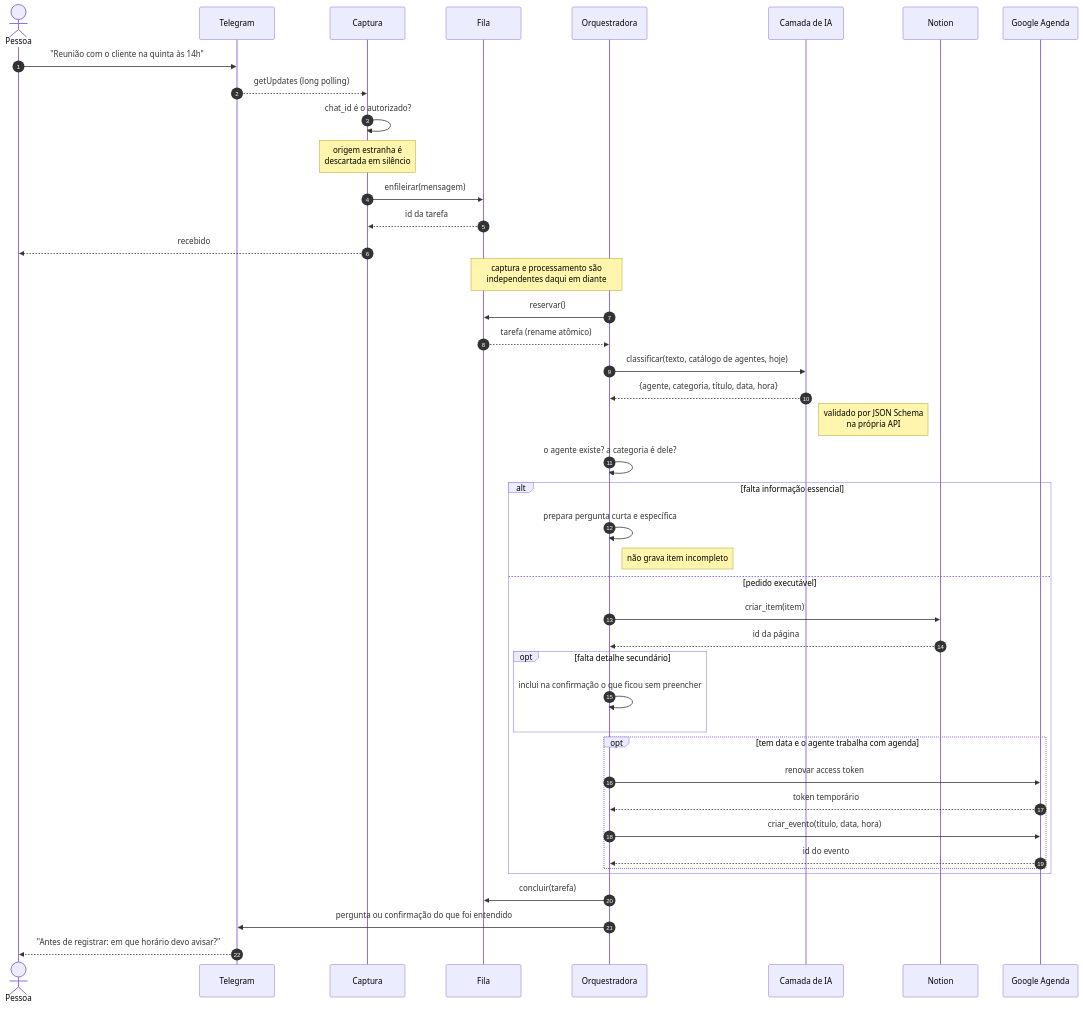
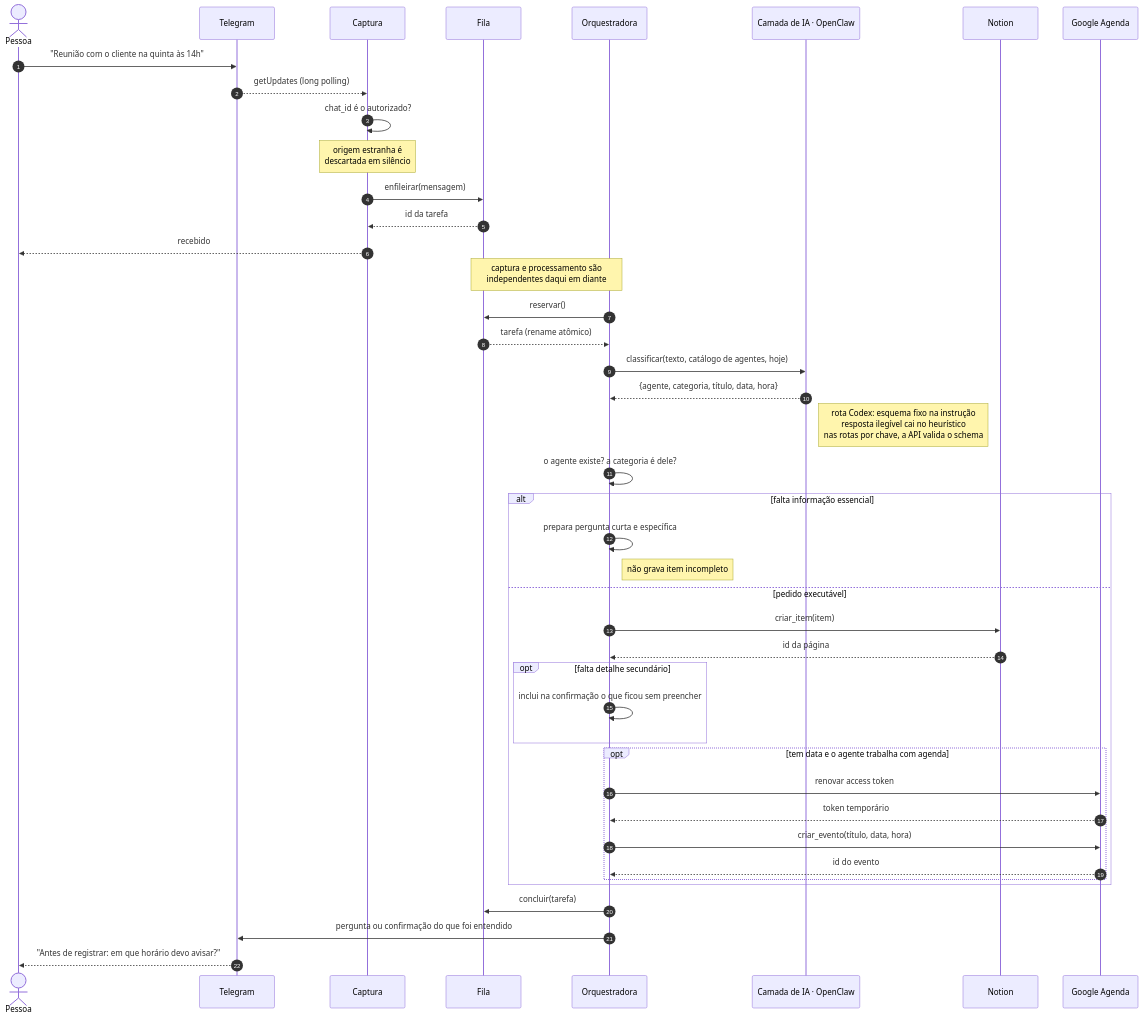
The second of 7 diagrams in docs/fluxo.md (brunarezerdev/sabia-organizacao-pessoal), drawn with Mermaid before and after one commit. The commit also changed other lines of this file and 6 other files, not shown here.

````diff
--- a/docs/fluxo.md
+++ b/docs/fluxo.md
@@ -32,54 +38,54 @@
 ```mermaid
 sequenceDiagram
     autonumber
     actor P as Pessoa
     participant TG as Telegram
     participant C as Captura
     participant F as Fila
     participant O as Orquestradora
-    participant IA as Camada de IA
+    participant IA as Camada de IA · OpenClaw
     participant N as Notion
     participant G as Google Agenda
 
     P->>TG: "Reunião com o cliente na quinta às 14h"
     TG-->>C: getUpdates (long polling)
 
     C->>C: chat_id é o autorizado?
     Note over C: origem estranha é<br/>descartada em silêncio
 
     C->>F: enfileirar(mensagem)
     F-->>C: id da tarefa
     C-->>P: recebido
 
     Note over F,O: captura e processamento são<br/>independentes daqui em diante
 
     O->>F: reservar()
     F-->>O: tarefa (rename atômico)
 
     O->>IA: classificar(texto, catálogo de agentes, hoje)
     IA-->>O: {agente, categoria, título, data, hora}
-    Note right of IA: validado por JSON Schema<br/>na própria API
+    Note right of IA: rota Codex: esquema fixo na instrução<br/>resposta ilegível cai no heurístico<br/>nas rotas por chave, a API valida o schema
 
     O->>O: o agente existe? a categoria é dele?
 
     alt falta informação essencial
         O->>O: prepara pergunta curta e específica
         Note right of O: não grava item incompleto
     else pedido executável
         O->>N: criar_item(item)
         N-->>O: id da página
         opt falta detalhe secundário
             O->>O: inclui na confirmação o que ficou sem preencher
         end
         opt tem data e o agente trabalha com agenda
             O->>G: renovar access token
             G-->>O: token temporário
             O->>G: criar_evento(título, data, hora)
             G-->>O: id do evento
         end
     end
 
     O->>F: concluir(tarefa)
     O->>TG: pergunta ou confirmação do que foi entendido
     TG-->>P: "Antes de registrar: em que horário devo avisar?"
 ```
````
